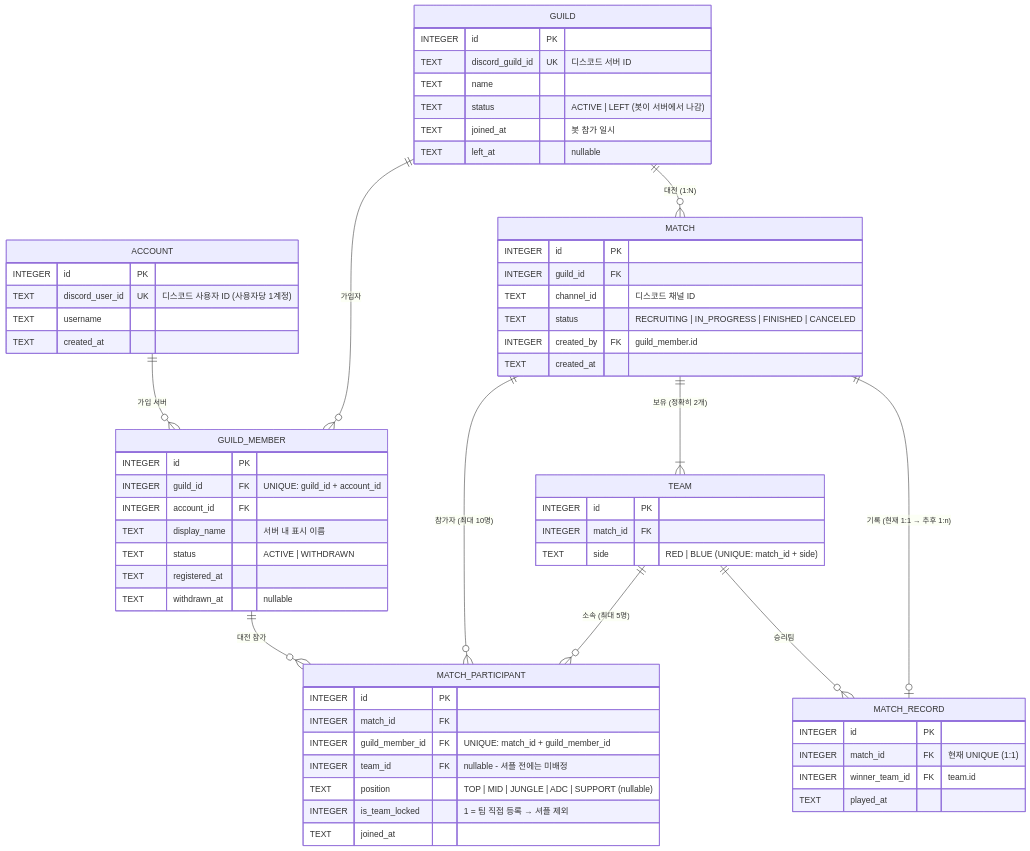
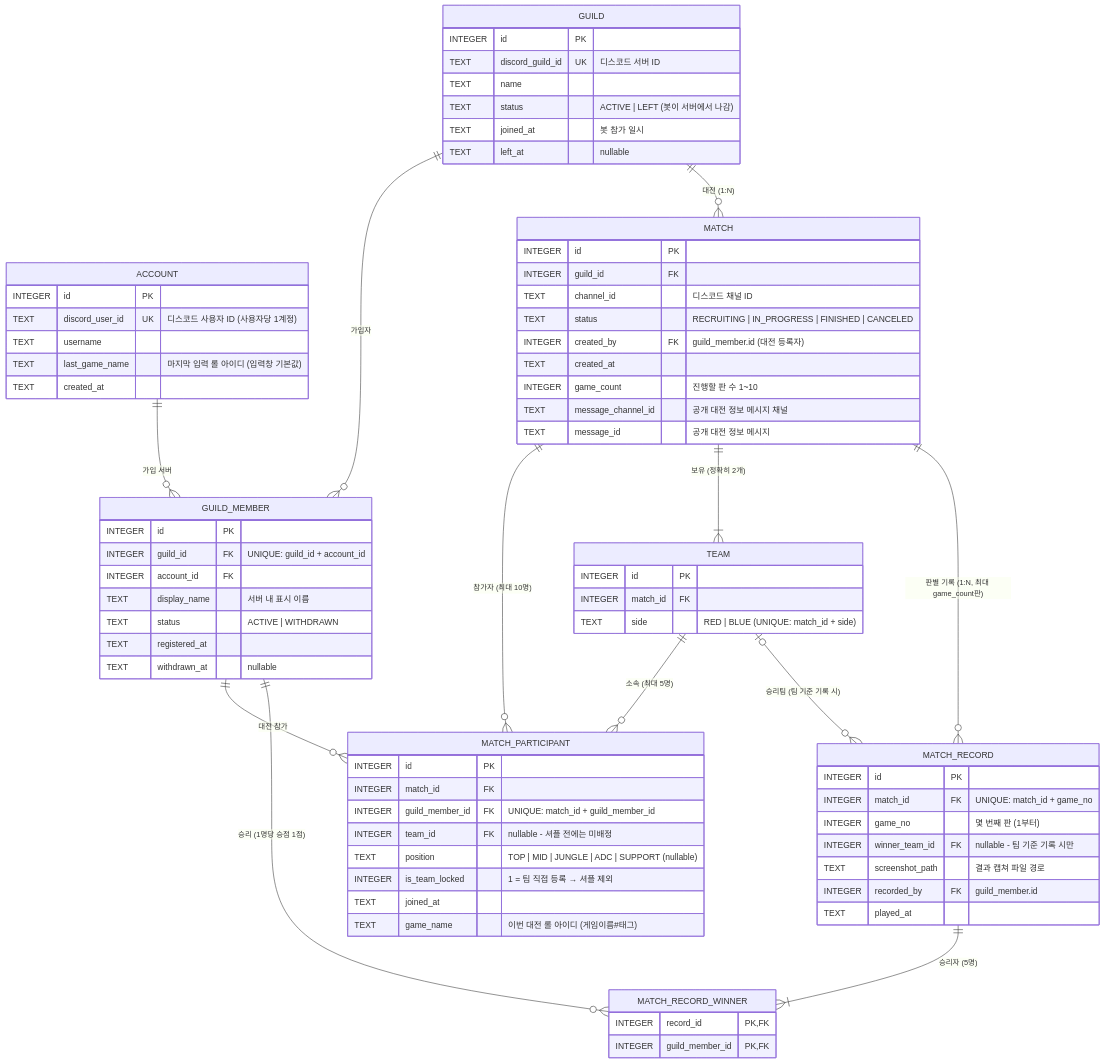
The diagram in CLAUDE.md (RedPanda6801/movie_app_notebook), drawn with Mermaid before and after one commit. The commit also changed other lines of this file and 36 other files, not shown here.

````diff
--- a/CLAUDE.md
+++ b/CLAUDE.md
@@ -69,8 +88,10 @@
     MATCH        ||--o{ MATCH_PARTICIPANT : "참가자 (최대 10명)"
     MATCH        ||--|{ TEAM              : "보유 (정확히 2개)"
     TEAM         ||--o{ MATCH_PARTICIPANT : "소속 (최대 5명)"
-    MATCH        ||--o| MATCH_RECORD      : "기록 (현재 1:1 → 추후 1:n)"
-    TEAM         ||--o{ MATCH_RECORD      : "승리팀"
+    MATCH        ||--o{ MATCH_RECORD      : "판별 기록 (1:N, 최대 game_count판)"
+    MATCH_RECORD ||--|{ MATCH_RECORD_WINNER : "승리자 (5명)"
+    GUILD_MEMBER ||--o{ MATCH_RECORD_WINNER : "승리 (1명당 승점 1점)"
+    TEAM         |o--o{ MATCH_RECORD      : "승리팀 (팀 기준 기록 시)"
 
     GUILD {
         INTEGER id PK
@@ -85,6 +106,7 @@
         INTEGER id PK
         TEXT    discord_user_id UK "디스코드 사용자 ID (사용자당 1계정)"
         TEXT    username
+        TEXT    last_game_name "마지막 입력 롤 아이디 (입력창 기본값)"
         TEXT    created_at
     }
 
@@ -103,8 +125,11 @@
         INTEGER guild_id FK
         TEXT    channel_id "디스코드 채널 ID"
         TEXT    status "RECRUITING | IN_PROGRESS | FINISHED | CANCELED"
-        INTEGER created_by FK "guild_member.id"
+        INTEGER created_by FK "guild_member.id (대전 등록자)"
         TEXT    created_at
+        INTEGER game_count "진행할 판 수 1~10"
+        TEXT    message_channel_id "공개 대전 정보 메시지 채널"
+        TEXT    message_id "공개 대전 정보 메시지"
     }
 
     TEAM {
@@ -121,12 +146,21 @@
         TEXT    position "TOP | MID | JUNGLE | ADC | SUPPORT (nullable)"
         INTEGER is_team_locked "1 = 팀 직접 등록 → 셔플 제외"
         TEXT    joined_at
+        TEXT    game_name "이번 대전 롤 아이디 (게임이름#태그)"
     }
 
     MATCH_RECORD {
         INTEGER id PK
-        INTEGER match_id       FK "현재 UNIQUE (1:1)"
-        INTEGER winner_team_id FK "team.id"
+        INTEGER match_id        FK "UNIQUE: match_id + game_no"
+        INTEGER game_no         "몇 번째 판 (1부터)"
+        INTEGER winner_team_id  FK "nullable - 팀 기준 기록 시만"
+        TEXT    screenshot_path "결과 캡쳐 파일 경로"
+        INTEGER recorded_by     FK "guild_member.id"
         TEXT    played_at
     }
+
+    MATCH_RECORD_WINNER {
+        INTEGER record_id       PK, FK
+        INTEGER guild_member_id PK, FK
+    }
 ```
````
